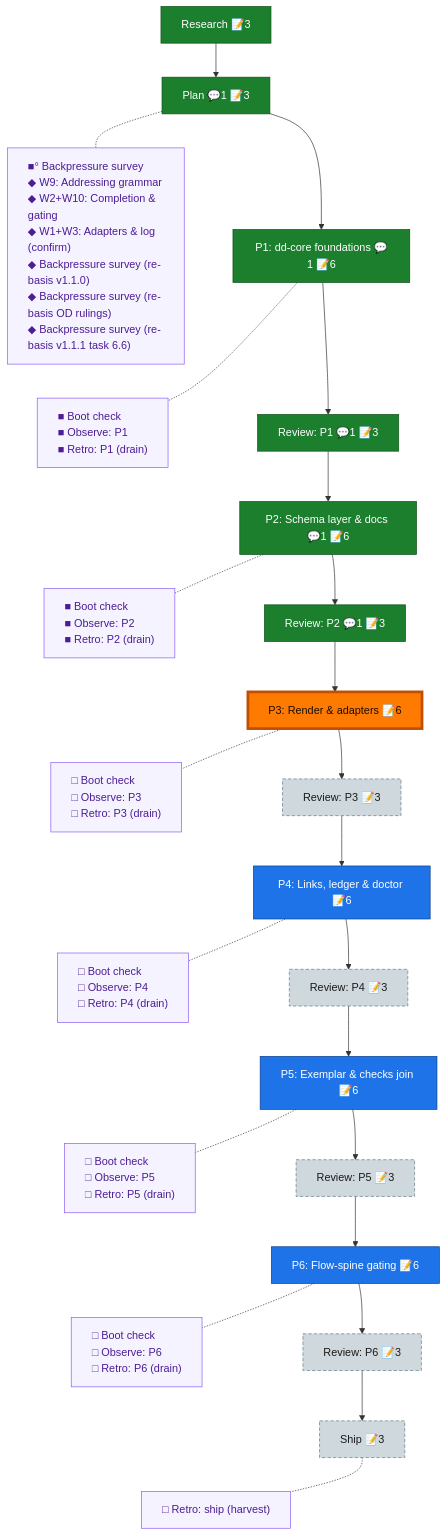
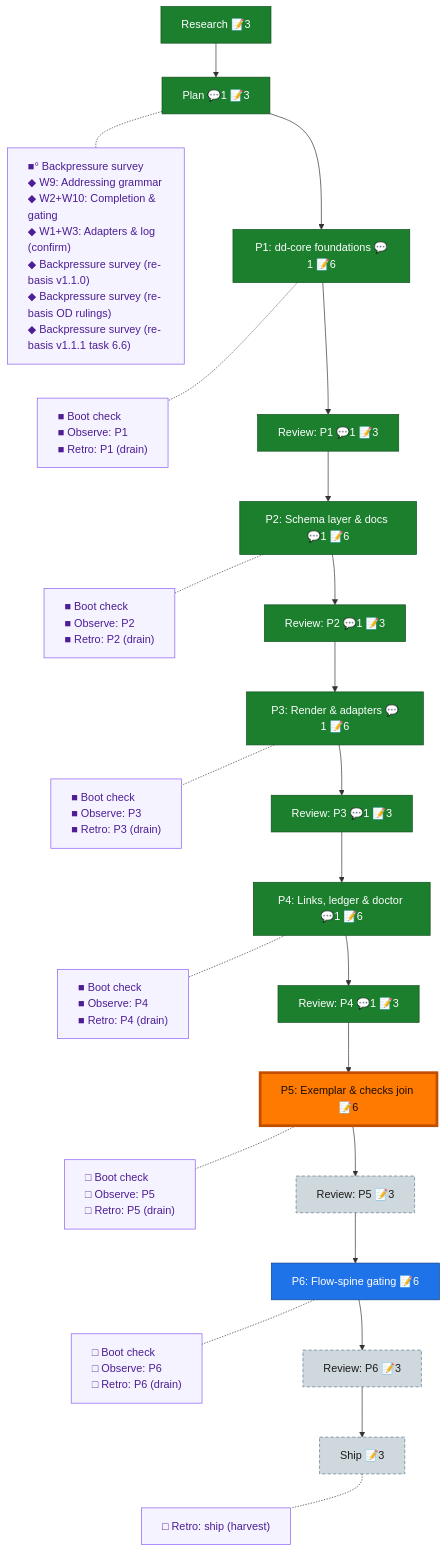
One commit to AI-Substrate/harness-engineering changed the diagram in docs/plans/065-deterministic-documents/the-flow.md. Above: the diagram before and after it, drawn with Mermaid. The commit also changed other lines of this file and 2 other files, not shown here.

Commit message:
chore(flow): P3+P4 closeout — both phases done+reviewed (P3 PASS honesty-round, P4 APPROVE 2-HIGH round), all chores receipted, combined retro 003 drained (10 entries), nav -> phase-5

````diff
--- a/docs/plans/065-deterministic-documents/the-flow.md
+++ b/docs/plans/065-deterministic-documents/the-flow.md
@@ -8,49 +8,49 @@
 ```mermaid
 flowchart TD
     research["Research 📝3"]:::done
     plan["Plan 💬1 📝3"]:::done
     phase_1["P1: dd-core foundations 💬1 📝6"]:::done
     review_1["Review: P1 💬1 📝3"]:::done
     phase_2["P2: Schema layer & docs 💬1 📝6"]:::done
     review_2["Review: P2 💬1 📝3"]:::done
-    phase_3["P3: Render & adapters 📝6"]:::known
-    review_3["Review: P3 📝3"]:::assumed
-    phase_4["P4: Links, ledger & doctor 📝6"]:::known
-    review_4["Review: P4 📝3"]:::assumed
+    phase_3["P3: Render & adapters 💬1 📝6"]:::done
+    review_3["Review: P3 💬1 📝3"]:::done
+    phase_4["P4: Links, ledger & doctor 💬1 📝6"]:::done
+    review_4["Review: P4 💬1 📝3"]:::done
     phase_5["P5: Exemplar & checks join 📝6"]:::known
     review_5["Review: P5 📝3"]:::assumed
     phase_6["P6: Flow-spine gating 📝6"]:::known
     review_6["Review: P6 📝3"]:::assumed
     ship["Ship 📝3"]:::assumed
 
     research --> plan --> phase_1 --> review_1 --> phase_2 --> review_2 --> phase_3 --> review_3 --> phase_4 --> review_4 --> phase_5 --> review_5 --> phase_6 --> review_6 --> ship
 
     planC["■° Backpressure survey<br/>◆ W9: Addressing grammar<br/>◆ W2+W10: Completion & gating<br/>◆ W1+W3: Adapters & log (confirm)<br/>◆ Backpressure survey (re-basis v1.1.0)<br/>◆ Backpressure survey (re-basis OD rulings)<br/>◆ Backpressure survey (re-basis v1.1.1 task 6.6)"]:::chore
     phase_1C["■ Boot check<br/>■ Observe: P1<br/>■ Retro: P1 (drain)"]:::chore
     phase_2C["■ Boot check<br/>■ Observe: P2<br/>■ Retro: P2 (drain)"]:::chore
-    phase_3C["□ Boot check<br/>□ Observe: P3<br/>□ Retro: P3 (drain)"]:::chore
-    phase_4C["□ Boot check<br/>□ Observe: P4<br/>□ Retro: P4 (drain)"]:::chore
+    phase_3C["■ Boot check<br/>■ Observe: P3<br/>■ Retro: P3 (drain)"]:::chore
+    phase_4C["■ Boot check<br/>■ Observe: P4<br/>■ Retro: P4 (drain)"]:::chore
     phase_5C["□ Boot check<br/>□ Observe: P5<br/>□ Retro: P5 (drain)"]:::chore
     phase_6C["□ Boot check<br/>□ Observe: P6<br/>□ Retro: P6 (drain)"]:::chore
     shipC["□ Retro: ship (harvest)"]:::chore
 
     %% invisible chain holds the gutter boxes in their own column
     planC ~~~ phase_1C ~~~ phase_2C ~~~ phase_3C ~~~ phase_4C ~~~ phase_5C ~~~ phase_6C ~~~ shipC
 
     %% dotted links pull each gutter box beside its node
     plan -.- planC
     phase_1 -.- phase_1C
     phase_2 -.- phase_2C
     phase_3 -.- phase_3C
     phase_4 -.- phase_4C
     phase_5 -.- phase_5C
     phase_6 -.- phase_6C
     ship -.- shipC
 
     classDef done fill:#1B7F2E,stroke:#0F4F1B,color:#fff;
     classDef known fill:#1E73E8,stroke:#0D3F86,color:#fff;
     classDef assumed fill:#CFD8DC,stroke:#607D8B,color:#1a1a1a,stroke-dasharray:5 3;
     classDef chore fill:#f5f3ff,stroke:#8b5cf6,color:#4c1d95,text-align:left;
     classDef current fill:#FF7A00,stroke:#C24E00,color:#1a0e00,stroke-width:4px;
-    class phase_3 current;
+    class phase_5 current;
 ```
````
